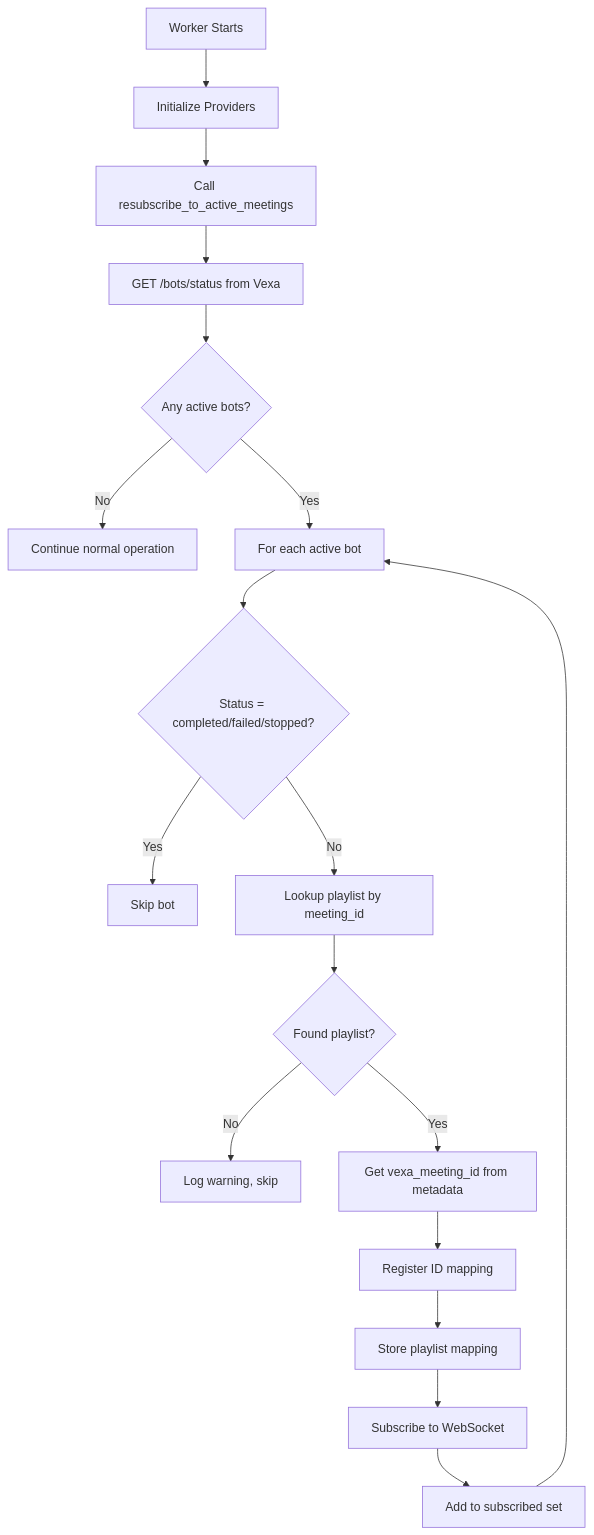
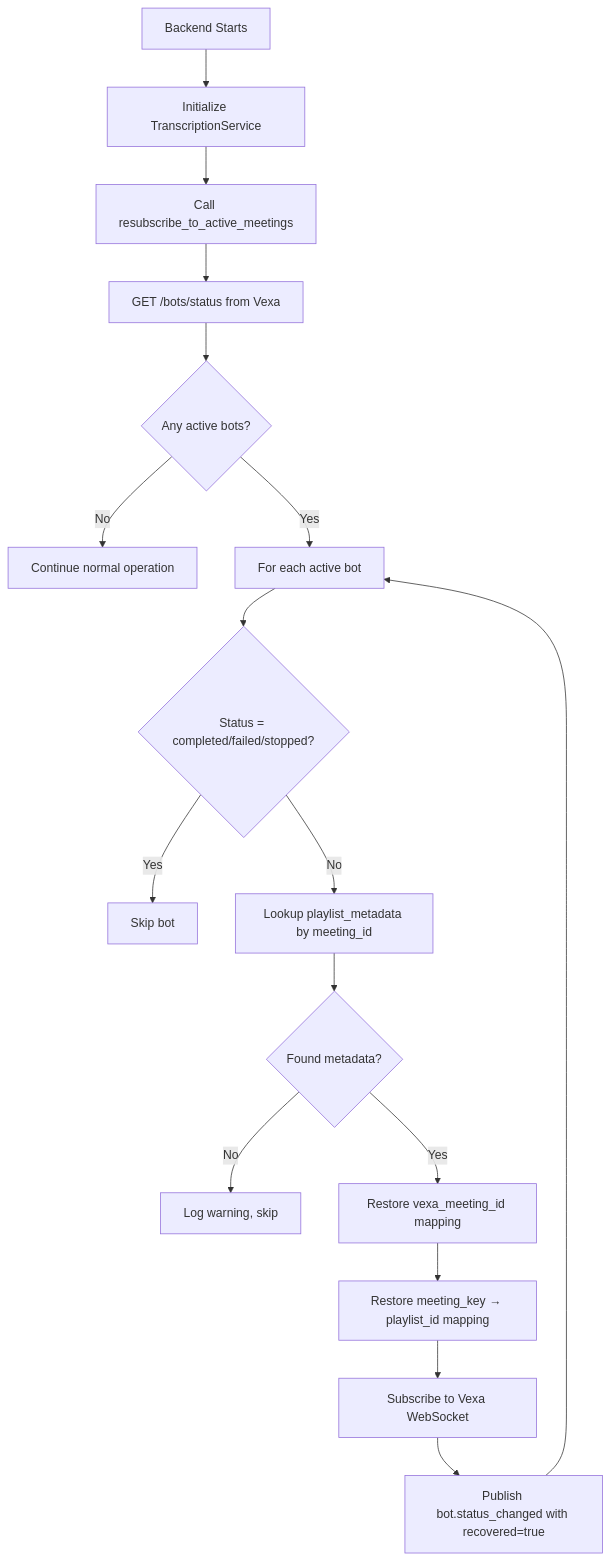
The sixth of 6 diagrams in backend/docs/TRANSCRIPTION_PIPELINE.md (AcademySoftwareFoundation/dna), drawn with Mermaid before and after one commit. The commit also changed other lines of this file and 30 other files, not shown here.

````diff
--- a/backend/docs/TRANSCRIPTION_PIPELINE.md
+++ b/backend/docs/TRANSCRIPTION_PIPELINE.md
@@ -452,23 +910,22 @@
 ```mermaid
 flowchart TD
-    A[Worker Starts] --> B[Initialize Providers]
+    A[Backend Starts] --> B[Initialize TranscriptionService]
     B --> C[Call resubscribe_to_active_meetings]
     C --> D[GET /bots/status from Vexa]
     D --> E{Any active bots?}
     E -->|No| F[Continue normal operation]
     E -->|Yes| G[For each active bot]
-    
+
     G --> H{Status = completed/failed/stopped?}
     H -->|Yes| I[Skip bot]
-    H -->|No| J[Lookup playlist by meeting_id]
-    
-    J --> K{Found playlist?}
+    H -->|No| J[Lookup playlist_metadata by meeting_id]
+
+    J --> K{Found metadata?}
     K -->|No| L[Log warning, skip]
-    K -->|Yes| M[Get vexa_meeting_id from metadata]
-    
-    M --> N[Register ID mapping]
-    N --> O[Store playlist mapping]
-    O --> P[Subscribe to WebSocket]
-    P --> Q[Add to subscribed set]
-    Q --> G
+    K -->|Yes| M[Restore vexa_meeting_id mapping]
+
+    M --> N[Restore meeting_key → playlist_id mapping]
+    N --> O[Subscribe to Vexa WebSocket]
+    O --> P[Publish bot.status_changed with recovered=true]
+    P --> G
 ```
````
